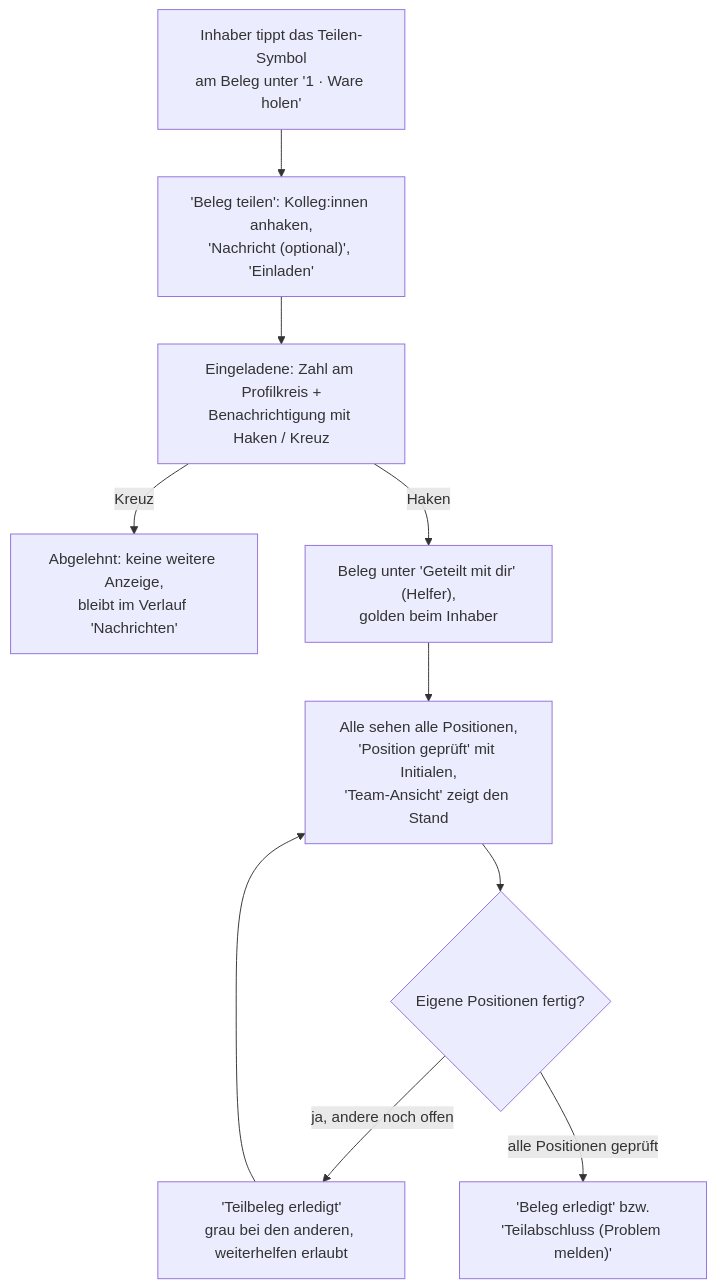
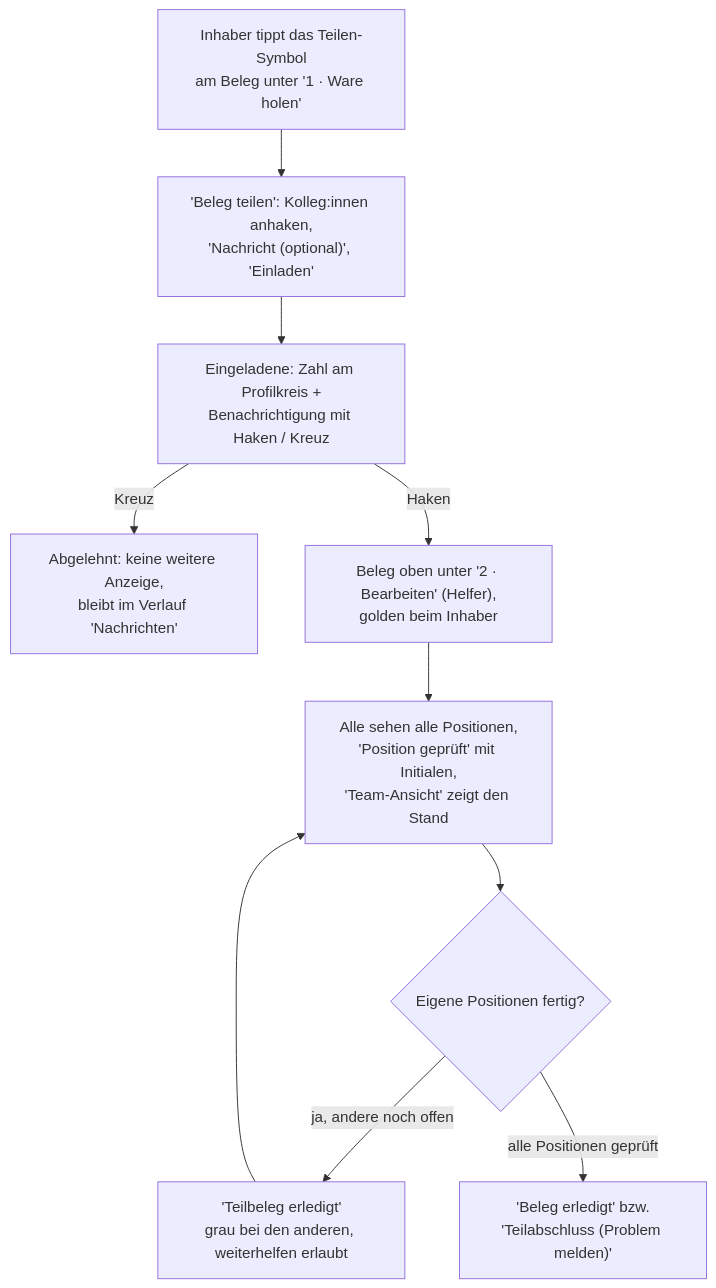
The diagram in docs/handbook/a7-beleg-teilen.md (officialoniichat/paketdispov2), drawn with Mermaid before and after one commit. The commit also changed other lines of this file and 28 other files, not shown here.

First line of the commit message:
feat(board): Helfer sehen den geteilten Beleg als Mithilfe in ihrer Zeile

````diff
--- a/docs/handbook/a7-beleg-teilen.md
+++ b/docs/handbook/a7-beleg-teilen.md
@@ -182,12 +183,12 @@
 ```mermaid
 flowchart TD
     A["Inhaber tippt das Teilen-Symbol<br/>am Beleg unter '1 · Ware holen'"] --> B["'Beleg teilen': Kolleg:innen anhaken,<br/>'Nachricht (optional)', 'Einladen'"]
     B --> C["Eingeladene: Zahl am Profilkreis +<br/>Benachrichtigung mit Haken / Kreuz"]
     C -- Kreuz --> D["Abgelehnt: keine weitere Anzeige,<br/>bleibt im Verlauf 'Nachrichten'"]
-    C -- Haken --> E["Beleg unter 'Geteilt mit dir' (Helfer),<br/>golden beim Inhaber"]
+    C -- Haken --> E["Beleg oben unter '2 · Bearbeiten' (Helfer),<br/>golden beim Inhaber"]
     E --> F["Alle sehen alle Positionen,<br/>'Position geprüft' mit Initialen,<br/>'Team-Ansicht' zeigt den Stand"]
     F --> G{Eigene Positionen fertig?}
     G -- "ja, andere noch offen" --> H["'Teilbeleg erledigt'<br/>grau bei den anderen, weiterhelfen erlaubt"]
     H --> F
     G -- "alle Positionen geprüft" --> I["'Beleg erledigt' bzw.<br/>'Teilabschluss (Problem melden)'"]
 ```
````
